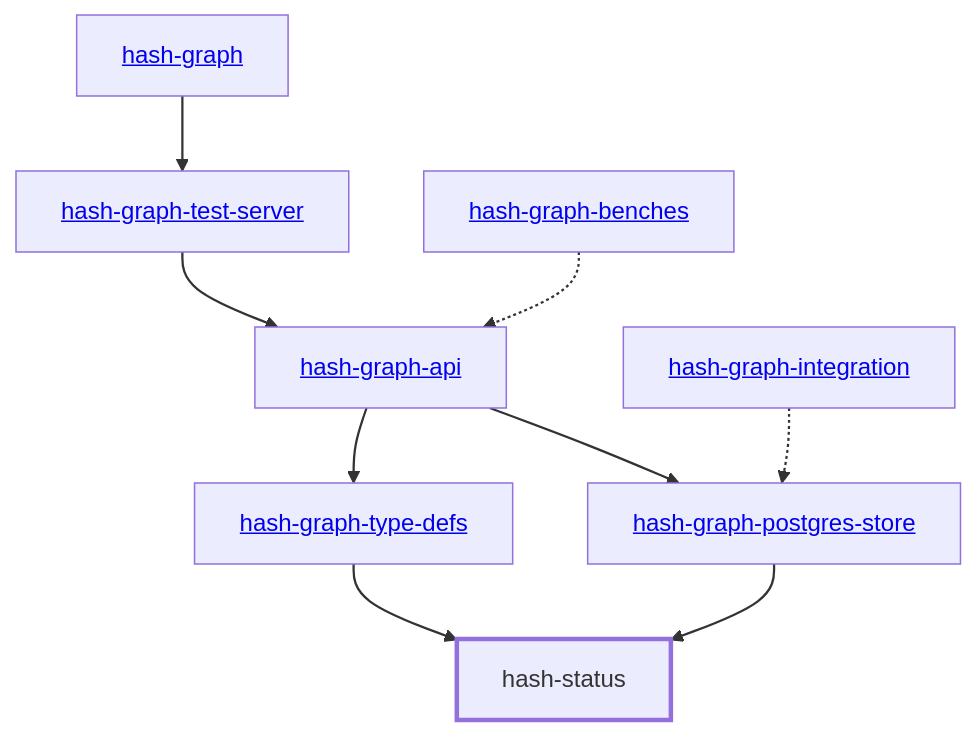
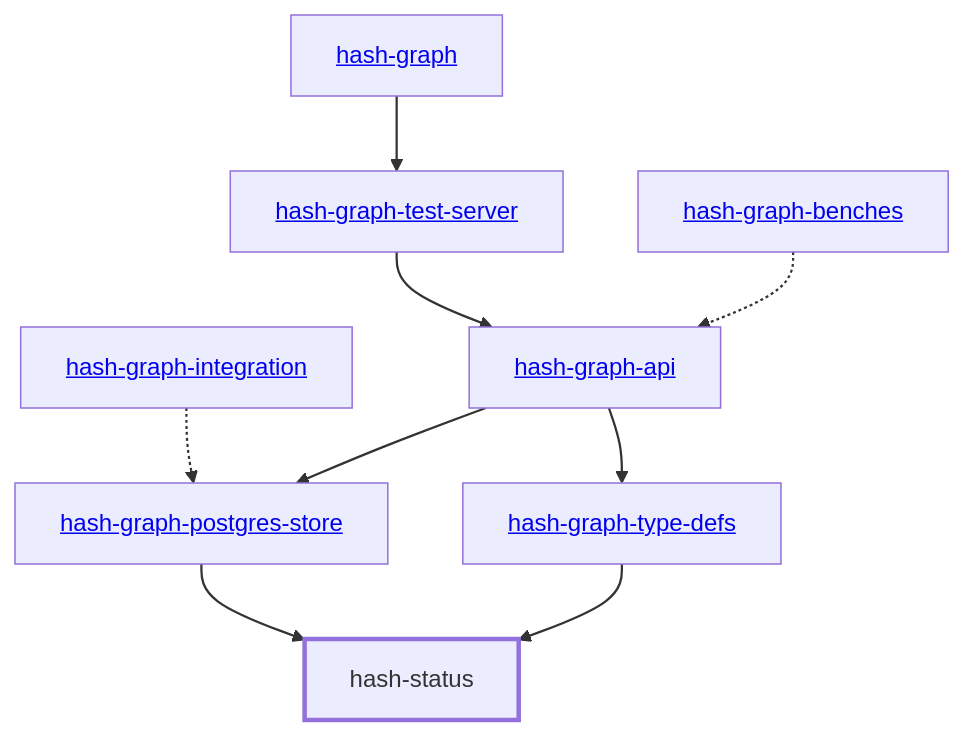
The diagram in libs/@local/status/rust/docs/dependency-diagram.mmd (hashintel/hash), drawn with Mermaid before and after one commit. The commit also changed 31 other files, not shown here.

```diff
--- a/libs/@local/status/rust/docs/dependency-diagram.mmd
+++ b/libs/@local/status/rust/docs/dependency-diagram.mmd
@@ -1,27 +1,27 @@
 graph TD
     linkStyle default stroke-width:1.5px
     classDef default stroke-width:1px
     classDef root stroke-width:3px
     classDef dev stroke-width:1px
     classDef build stroke-width:1px
     %% Legend
     %% --> : Normal dependency
     %% -.-> : Dev dependency
     %% ---> : Build dependency
     0[hash-status]
     class 0 root
-    1[<a href="../hash_graph_api/index.html">hash-graph-api</a>]
-    2[<a href="../hash_graph_postgres_store/index.html">hash-graph-postgres-store</a>]
-    3[<a href="../hash_graph_test_server/index.html">hash-graph-test-server</a>]
-    4[<a href="../hash_graph_type_defs/index.html">hash-graph-type-defs</a>]
-    5[<a href="../hash_graph/index.html">hash-graph</a>]
-    6[<a href="../hash_graph_benches/index.html">hash-graph-benches</a>]
-    7[<a href="../hash_graph_integration/index.html">hash-graph-integration</a>]
-    2 --> 0
-    4 --> 0
+    1[<a href="../hash_graph_postgres_store/index.html">hash-graph-postgres-store</a>]
+    2[<a href="../hash_graph/index.html">hash-graph</a>]
+    3[<a href="../hash_graph_api/index.html">hash-graph-api</a>]
+    4[<a href="../hash_graph_test_server/index.html">hash-graph-test-server</a>]
+    5[<a href="../hash_graph_benches/index.html">hash-graph-benches</a>]
+    6[<a href="../hash_graph_integration/index.html">hash-graph-integration</a>]
+    7[<a href="../hash_graph_type_defs/index.html">hash-graph-type-defs</a>]
+    2 --> 4
+    1 --> 0
+    4 --> 3
+    3 --> 7
     6 -.-> 1
+    5 -.-> 3
     3 --> 1
-    1 --> 2
-    7 -.-> 2
-    5 --> 3
-    1 --> 4
+    7 --> 0
```
